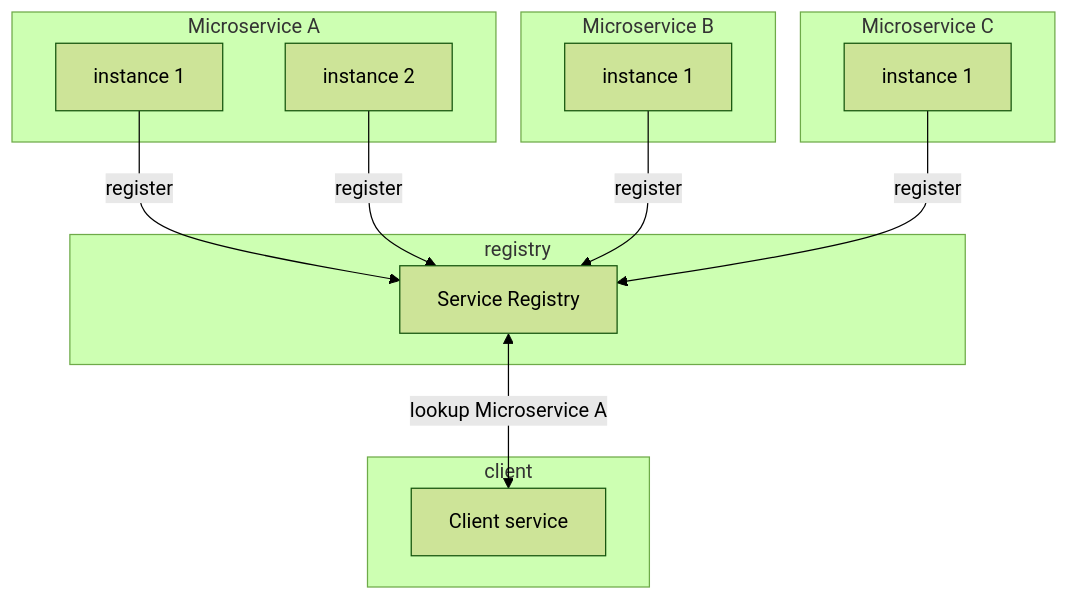
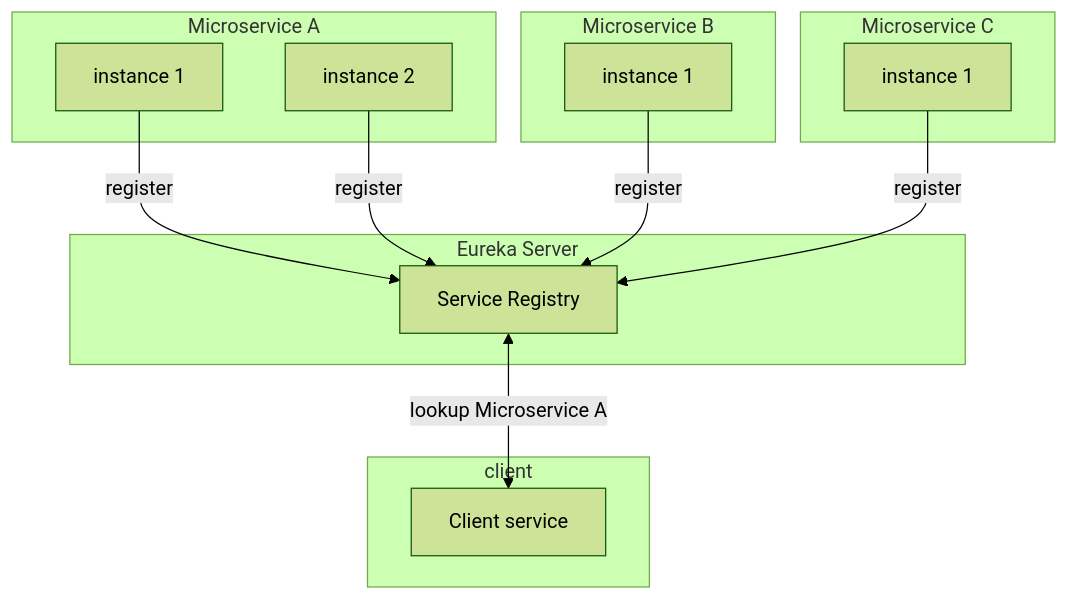
The diagram in service-discovery/README.md (sonamsamdupkhangsar/sonamsamdupkhangsar.github.io), drawn with Mermaid (forest theme) before and after one commit.

Commit message:
add service discovery

````diff
--- a/service-discovery/README.md
+++ b/service-discovery/README.md
@@ -8,25 +8,25 @@
 ```mermaid
 flowchart TD   
     subgraph "Microservice A"
     A1[instance 1]
     A2[instance 2]
     end
     subgraph "Microservice B"
     B[instance 1]
     end
     subgraph "Microservice C"
     C[instance 1]
     end
-    subgraph registry
+    subgraph "Eureka Server"
     Eureka[Service Registry]
     end
     subgraph client
     D[Client service] 
     end
 
     A1 --> |register| Eureka
     A2 --> |register| Eureka
     B --> |register| Eureka
     C --> |register| Eureka
     Eureka <-->|lookup Microservice A| D
 ``` 
````
